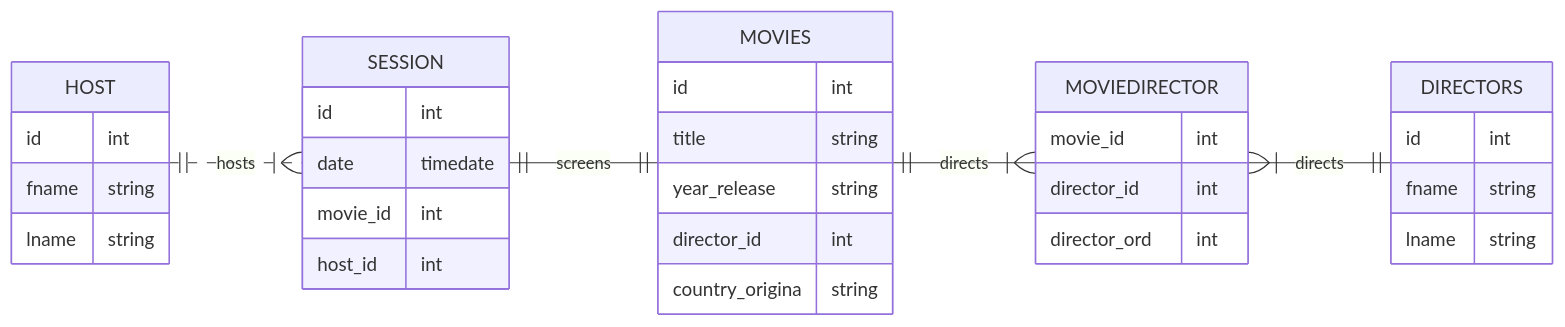
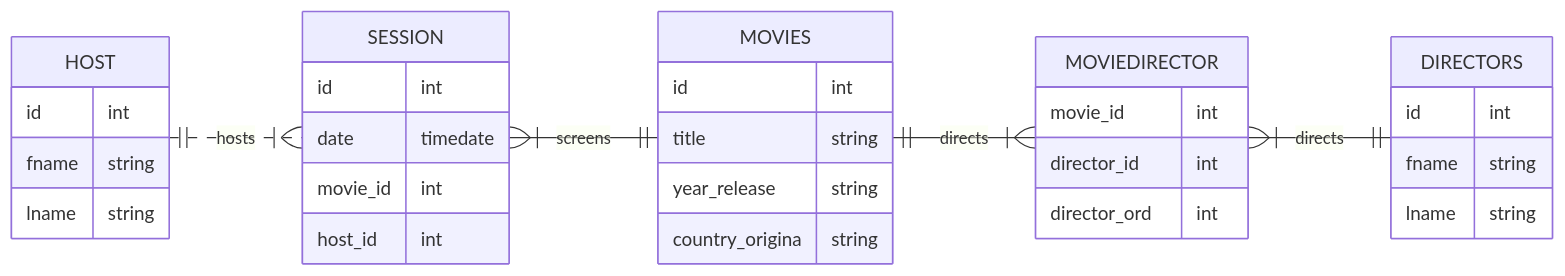
Before and after one commit to marcelomgarcia/MovieClubSched: the diagram in README.md, drawn with Mermaid.

Commit message:
Movies session is Nto1

````diff
--- a/README.md
+++ b/README.md
@@ -23,37 +23,36 @@
 ```mermaid
 erDiagram
     direction LR
     MOVIES ||--|{ MOVIEDIRECTOR  : directs
     MOVIES {
         id int
         title string
         year_release string
-        director_id int
         country_origina string
     }
     MOVIEDIRECTOR }|--|| DIRECTORS: directs
     MOVIEDIRECTOR {
         movie_id int
         director_id int
         director_ord int
     }
     DIRECTORS {
         id int
         fname string
         lname string
     }
-    SESSION ||--|| MOVIES : screens
+    SESSION }|--|| MOVIES : screens
     SESSION {
         id int
         date timedate
         movie_id int
         host_id int
 
     }
     HOST ||..|{ SESSION : hosts
     HOST {
         id int
         fname string
         lname string
     }
 ```
````
